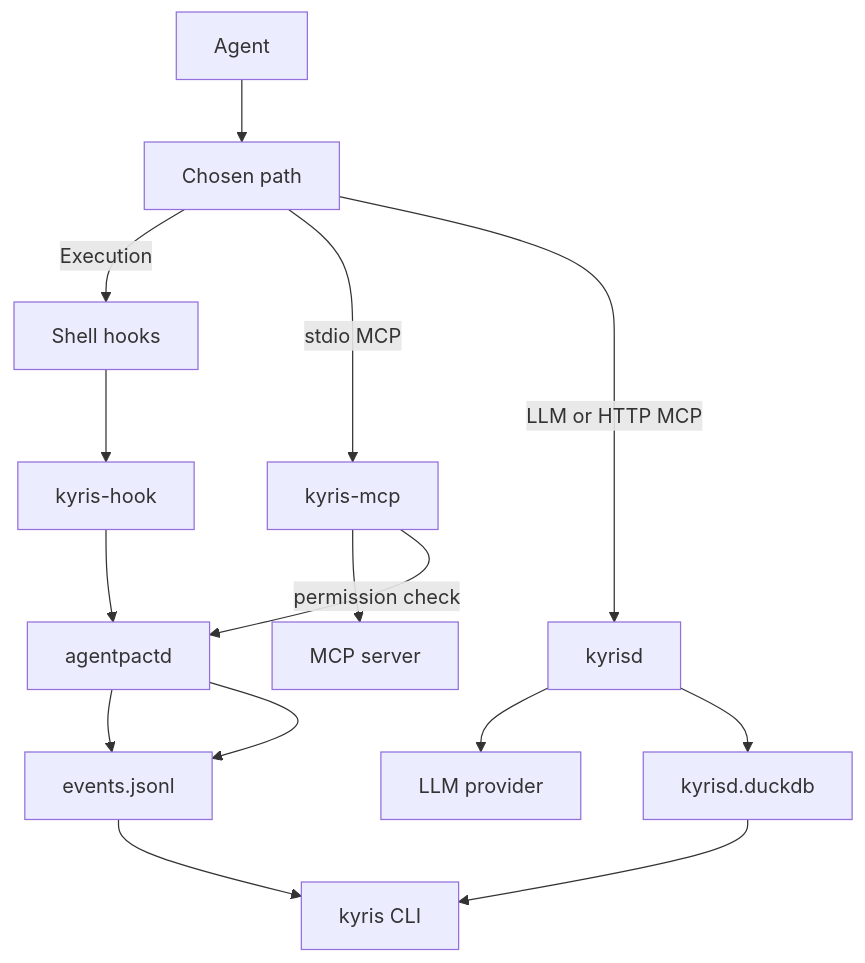
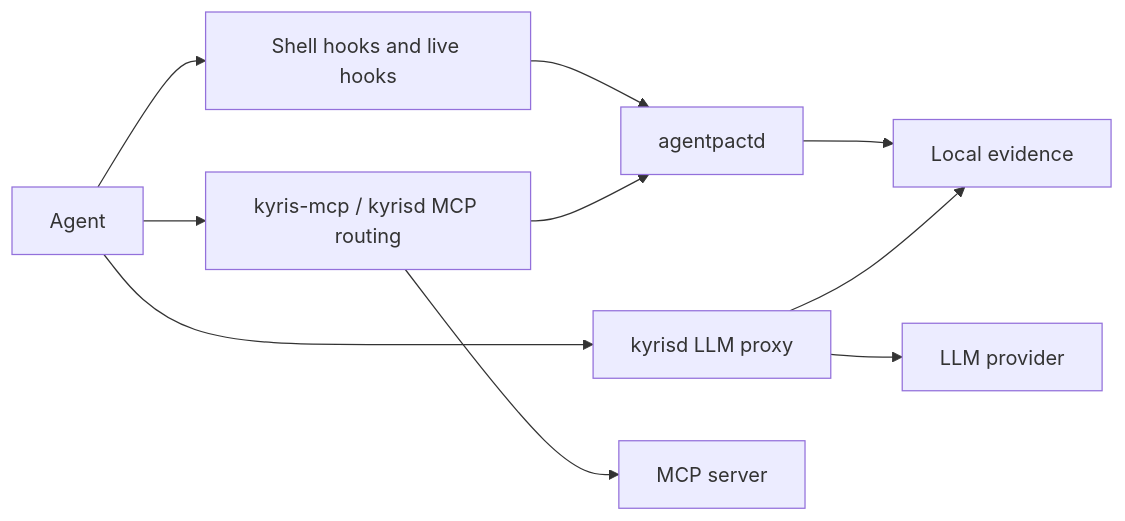
The diagram in README.md (kyr-is/kyris), drawn with Mermaid before and after one commit. The commit also changed other lines of this file and 35 other files, not shown here.

````diff
--- a/README.md
+++ b/README.md
@@ -454,26 +320,17 @@
 ```mermaid
-flowchart TD
+flowchart LR
   agent[Agent]
-  routeChoice[Chosen path]
-  shellHooks[Shell hooks]
-  kyrisHook[kyris-hook]
-  agentpactd[agentpactd]
-  kyrisMcp[kyris-mcp]
-  kyrisd[kyrisd]
-  mcpServer[MCP server]
-  llmProvider[LLM provider]
-  eventLog[events.jsonl]
-  duckdb[kyrisd.duckdb]
-  kyrisCli[kyris CLI]
+  shell[Shell hooks and live hooks]
+  mcp[kyris-mcp / kyrisd MCP routing]
+  proxy[kyrisd LLM proxy]
+  pact[agentpactd]
+  provider[LLM provider]
+  tools[MCP server]
+  events[Local evidence]
 
-  agent --> routeChoice
-  routeChoice -->|"Execution"| shellHooks --> kyrisHook --> agentpactd --> eventLog
-  routeChoice -->|"stdio MCP"| kyrisMcp --> mcpServer
-  kyrisMcp -->|"permission check"| agentpactd
-  routeChoice -->|"LLM or HTTP MCP"| kyrisd
-  kyrisd --> llmProvider
-  kyrisd --> duckdb
-  agentpactd --> eventLog
-  eventLog --> kyrisCli
-  duckdb --> kyrisCli
+  agent --> shell --> pact --> events
+  agent --> mcp --> tools
+  mcp --> pact
+  agent --> proxy --> provider
+  proxy --> events
 ```
````
